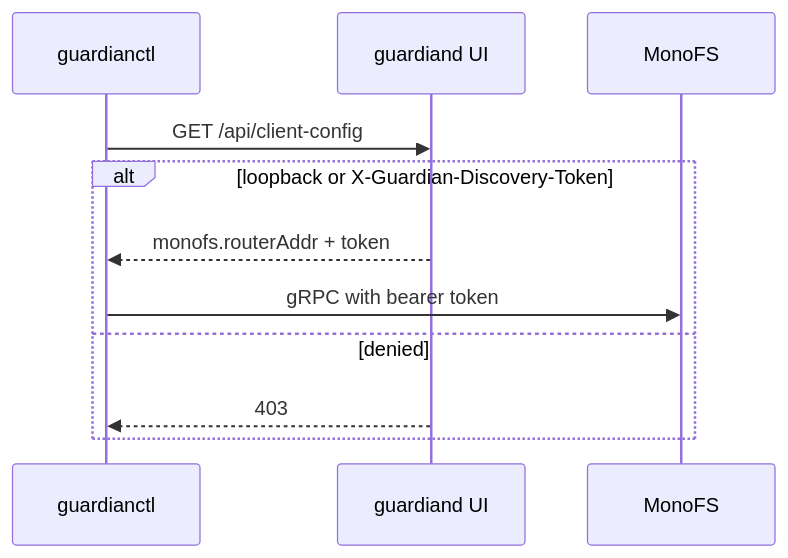
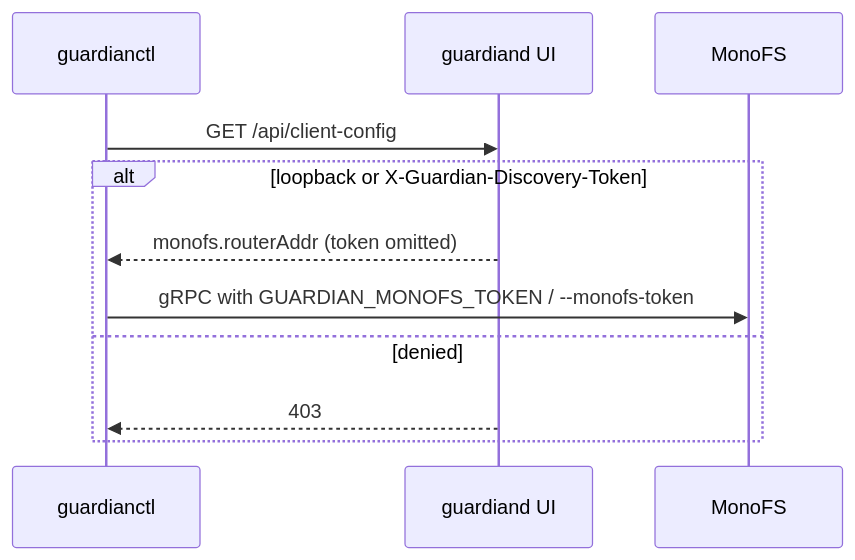
Diagram 16 of 16 in docs/logical-flow.md (radryc/guardian), drawn with Mermaid before and after one commit. The commit also changed other lines of this file and 34 other files, not shown here.

````diff
--- a/docs/logical-flow.md
+++ b/docs/logical-flow.md
@@ -711,14 +721,14 @@
 ```mermaid
 sequenceDiagram
     participant CLI as guardianctl
     participant G as guardiand UI
     participant S as MonoFS
 
     CLI->>G: GET /api/client-config
     alt loopback or X-Guardian-Discovery-Token
-        G-->>CLI: monofs.routerAddr + token
-        CLI->>S: gRPC with bearer token
+        G-->>CLI: monofs.routerAddr (token omitted)
+        CLI->>S: gRPC with GUARDIAN_MONOFS_TOKEN / --monofs-token
     else denied
         G-->>CLI: 403
     end
 ```
````
